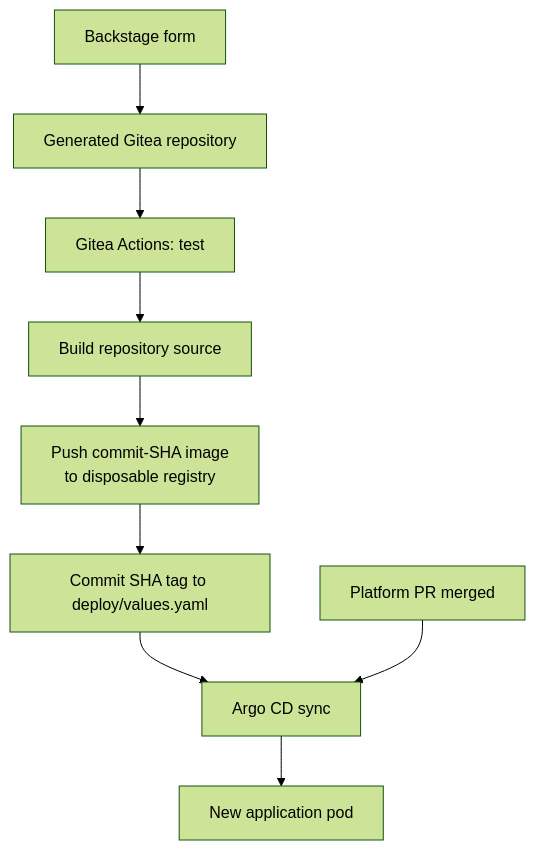
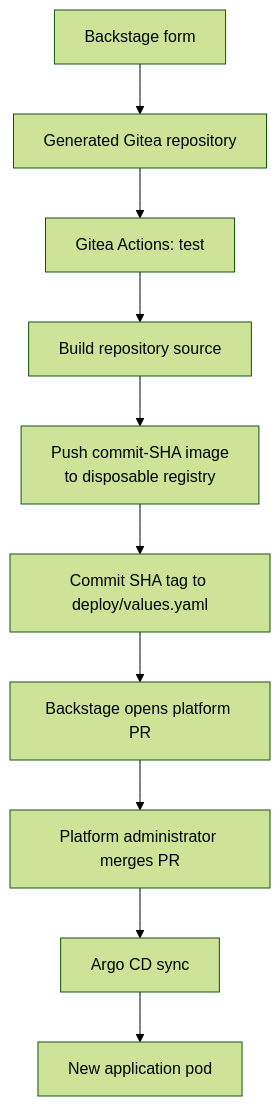
The second of 3 diagrams in docs/getting-started/kind-explained.md (yu-min3/kensan-lab), drawn with Mermaid (forest theme) before and after one commit. The commit also changed other lines of this file and 30 other files, not shown here.

````diff
--- a/docs/getting-started/kind-explained.md
+++ b/docs/getting-started/kind-explained.md
@@ -46,11 +46,12 @@
 ```mermaid
 flowchart TD
     F[Backstage form] --> R[Generated Gitea repository]
     R --> T[Gitea Actions: test]
     T --> B[Build repository source]
     B --> I[Push commit-SHA image<br/>to disposable registry]
     I --> V[Commit SHA tag to deploy/values.yaml]
-    V --> A[Argo CD sync]
-    P[Platform PR merged] --> A
+    V --> P[Backstage opens platform PR]
+    P --> M[Platform administrator merges PR]
+    M --> A[Argo CD sync]
     A --> Pod[New application pod]
 ```
````
